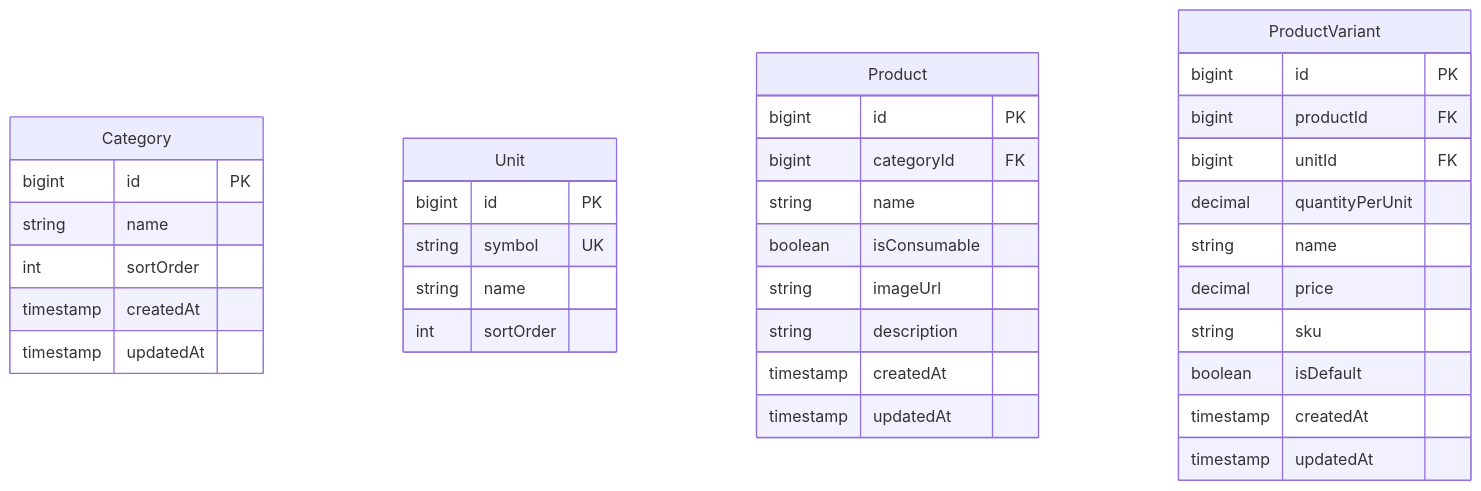
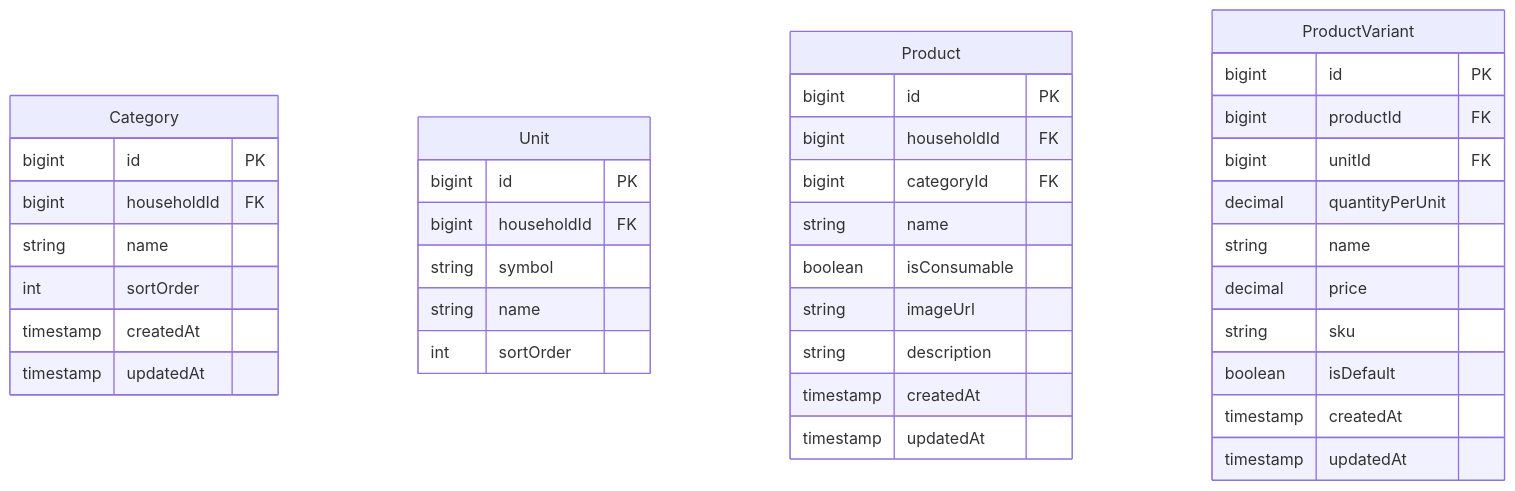
The fourth of 7 diagrams in docs/v2/entity-logical-design.md (wukdddang/home-inventory-manager), drawn with Mermaid before and after one commit. The commit also changed other lines of this file and 7 other files, not shown here.

````diff
--- a/docs/v2/entity-logical-design.md
+++ b/docs/v2/entity-logical-design.md
@@ -156,38 +166,41 @@
 ```mermaid
 erDiagram
     Category {
         bigint id PK
+        bigint householdId FK
         string name
         int sortOrder
         timestamp createdAt
         timestamp updatedAt
     }
     Unit {
         bigint id PK
-        string symbol UK
+        bigint householdId FK
+        string symbol
         string name
         int sortOrder
     }
     Product {
         bigint id PK
+        bigint householdId FK
         bigint categoryId FK
         string name
         boolean isConsumable
         string imageUrl
         string description
         timestamp createdAt
         timestamp updatedAt
     }
     ProductVariant {
         bigint id PK
         bigint productId FK
         bigint unitId FK
         decimal quantityPerUnit
         string name
         decimal price
         string sku
         boolean isDefault
         timestamp createdAt
         timestamp updatedAt
     }
 ```
````
